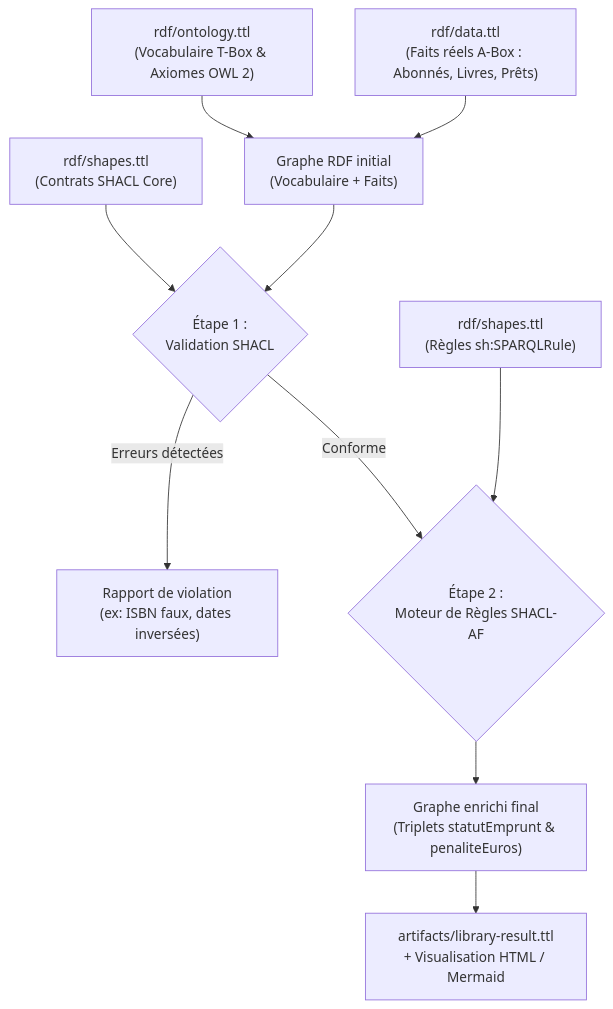
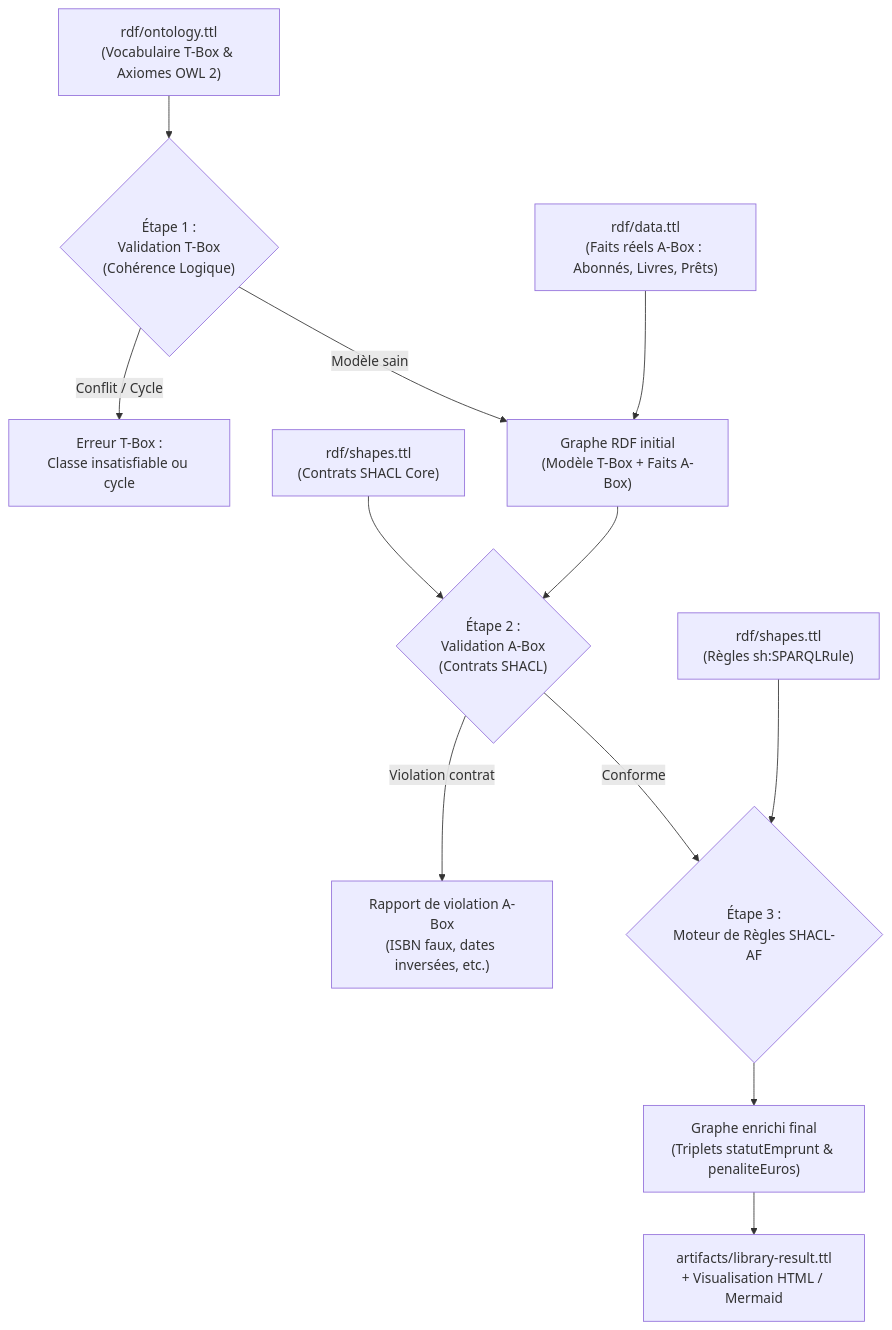
Before and after one commit to Kekhermes/library-owl-shacl-poc: the first of 2 diagrams in docs/guide-pedagogique.md, drawn with Mermaid. The commit also changed other lines of this file and 8 other files, not shown here.

Commit message:
feat: distinction formelle et outillage de validation T-Box vs A-Box avec tests de régression

````diff
--- a/docs/guide-pedagogique.md
+++ b/docs/guide-pedagogique.md
@@ -25,15 +25,18 @@
 ```mermaid
 flowchart TD
-    O["rdf/ontology.ttl<br>(Vocabulaire T-Box & Axiomes OWL 2)"] --> G["Graphe RDF initial<br>(Vocabulaire + Faits)"]
+    O["rdf/ontology.ttl<br>(Vocabulaire T-Box & Axiomes OWL 2)"] --> V1{"Étape 1 :<br>Validation T-Box<br>(Cohérence Logique)"}
+    V1 -->|Conflit / Cycle| E1["Erreur T-Box :<br>Classe insatisfiable ou cycle"]
+    V1 -->|Modèle sain| G["Graphe RDF initial<br>(Modèle T-Box + Faits A-Box)"]
+
     D["rdf/data.ttl<br>(Faits réels A-Box : Abonnés, Livres, Prêts)"] --> G
     
-    S["rdf/shapes.ttl<br>(Contrats SHACL Core)"] --> V{"Étape 1 :<br>Validation SHACL"}
-    G --> V
+    S["rdf/shapes.ttl<br>(Contrats SHACL Core)"] --> V2{"Étape 2 :<br>Validation A-Box<br>(Contrats SHACL)"}
+    G --> V2
     
-    V -->|Erreurs détectées| E["Rapport de violation<br>(ex: ISBN faux, dates inversées)"]
-    V -->|Conforme| R{"Étape 2 :<br>Moteur de Règles SHACL-AF"}
+    V2 -->|Violation contrat| E2["Rapport de violation A-Box<br>(ISBN faux, dates inversées, etc.)"]
+    V2 -->|Conforme| R{"Étape 3 :<br>Moteur de Règles SHACL-AF"}
     
     SR["rdf/shapes.ttl<br>(Règles sh:SPARQLRule)"] --> R
     R --> F["Graphe enrichi final<br>(Triplets statutEmprunt & penaliteEuros)"]
     F --> A["artifacts/library-result.ttl<br>+ Visualisation HTML / Mermaid"]
 ```
````
